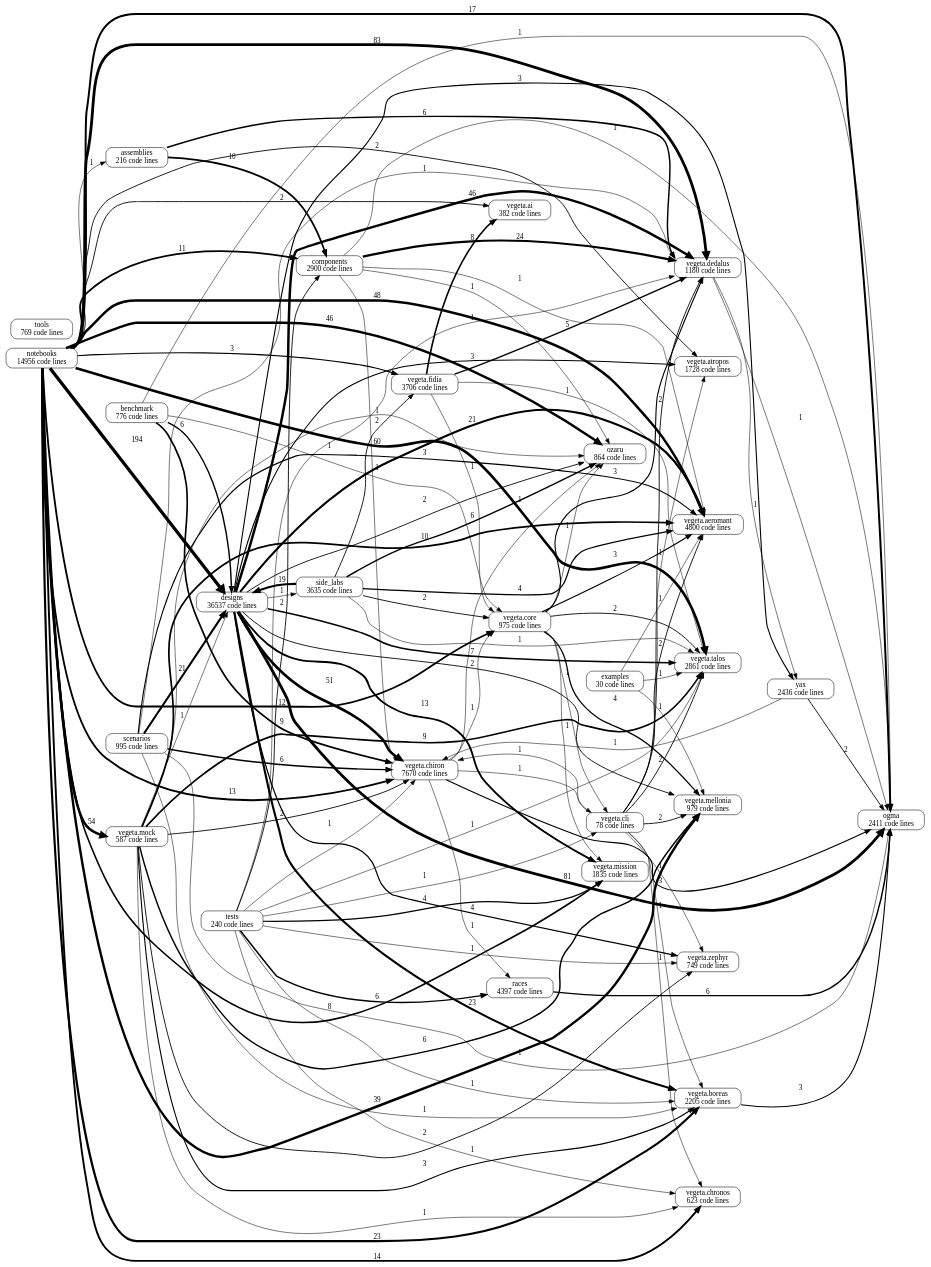
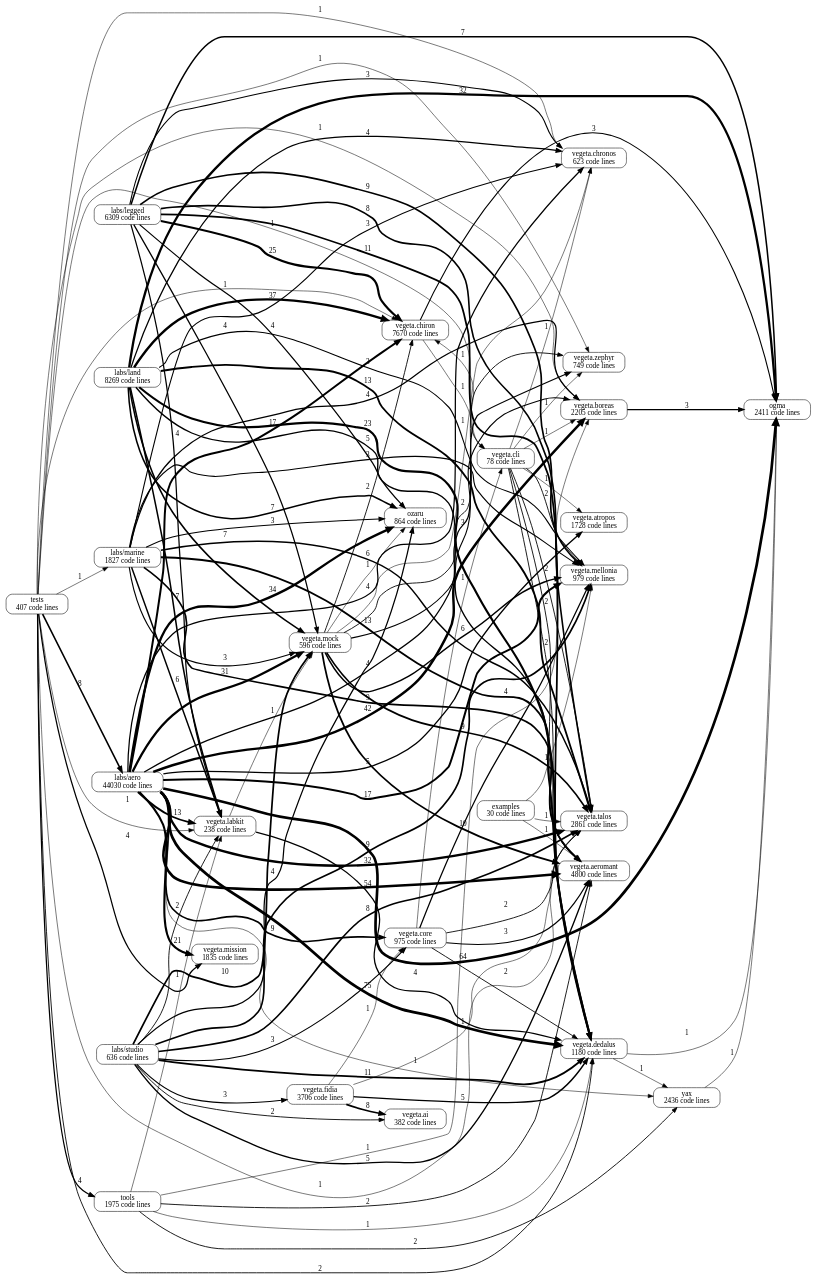
One commit to technolog-spectrumai/vegeta changed the diagram in docs/anatomy/areas.dot. Above: the diagram before and after it, drawn with Graphviz. The commit also changed 19 other files, not shown here.

First line of the commit message:
Labs phase 4: tools/lab.py, user_tests.sh mocks only, generated lab READMEs, the graph effects measured

```diff
--- a/docs/anatomy/areas.dot
+++ b/docs/anatomy/areas.dot
@@ -1,139 +1,138 @@
 digraph vegeta {
   rankdir=LR; node [shape=box, style=rounded];
-  "assemblies" [label="assemblies\n216 code lines"];
-  "benchmark" [label="benchmark\n776 code lines"];
-  "components" [label="components\n2900 code lines"];
-  "designs" [label="designs\n36537 code lines"];
   "examples" [label="examples\n30 code lines"];
-  "notebooks" [label="notebooks\n14956 code lines"];
+  "labs/aero" [label="labs/aero\n44030 code lines"];
+  "labs/land" [label="labs/land\n8269 code lines"];
+  "labs/legged" [label="labs/legged\n6309 code lines"];
+  "labs/marine" [label="labs/marine\n1827 code lines"];
+  "labs/studio" [label="labs/studio\n636 code lines"];
   "ogma" [label="ogma\n2411 code lines"];
   "ozaru" [label="ozaru\n864 code lines"];
-  "races" [label="races\n4397 code lines"];
-  "scenarios" [label="scenarios\n995 code lines"];
-  "side_labs" [label="side_labs\n3635 code lines"];
-  "tests" [label="tests\n240 code lines"];
-  "tools" [label="tools\n769 code lines"];
+  "tests" [label="tests\n407 code lines"];
+  "tools" [label="tools\n1975 code lines"];
   "vegeta.aeromant" [label="vegeta.aeromant\n4800 code lines"];
   "vegeta.ai" [label="vegeta.ai\n382 code lines"];
   "vegeta.atropos" [label="vegeta.atropos\n1728 code lines"];
   "vegeta.boreas" [label="vegeta.boreas\n2205 code lines"];
   "vegeta.chiron" [label="vegeta.chiron\n7670 code lines"];
   "vegeta.chronos" [label="vegeta.chronos\n623 code lines"];
   "vegeta.cli" [label="vegeta.cli\n78 code lines"];
   "vegeta.core" [label="vegeta.core\n975 code lines"];
   "vegeta.dedalus" [label="vegeta.dedalus\n1180 code lines"];
   "vegeta.fidia" [label="vegeta.fidia\n3706 code lines"];
+  "vegeta.labkit" [label="vegeta.labkit\n238 code lines"];
   "vegeta.mellonia" [label="vegeta.mellonia\n979 code lines"];
   "vegeta.mission" [label="vegeta.mission\n1835 code lines"];
-  "vegeta.mock" [label="vegeta.mock\n587 code lines"];
+  "vegeta.mock" [label="vegeta.mock\n596 code lines"];
   "vegeta.talos" [label="vegeta.talos\n2861 code lines"];
   "vegeta.zephyr" [label="vegeta.zephyr\n749 code lines"];
   "yax" [label="yax\n2436 code lines"];
-  "notebooks" -> "designs" [penwidth=6.27, label="194"];
-  "notebooks" -> "vegeta.dedalus" [penwidth=5.42, label="83"];
-  "designs" -> "ogma" [penwidth=5.39, label="81"];
-  "notebooks" -> "vegeta.talos" [penwidth=5.09, label="60"];
-  "notebooks" -> "vegeta.mock" [penwidth=4.99, label="54"];
-  "designs" -> "vegeta.chiron" [penwidth=4.93, label="51"];
-  "notebooks" -> "vegeta.aeromant" [penwidth=4.87, label="48"];
-  "designs" -> "vegeta.dedalus" [penwidth=4.83, label="46"];
-  "notebooks" -> "ozaru" [penwidth=4.83, label="46"];
-  "notebooks" -> "vegeta.mellonia" [penwidth=4.66, label="39"];
-  "components" -> "vegeta.dedalus" [penwidth=4.18, label="24"];
-  "designs" -> "vegeta.boreas" [penwidth=4.14, label="23"];
-  "notebooks" -> "vegeta.boreas" [penwidth=4.14, label="23"];
-  "designs" -> "vegeta.aeromant" [penwidth=4.04, label="21"];
-  "scenarios" -> "designs" [penwidth=4.04, label="21"];
-  "side_labs" -> "designs" [penwidth=3.94, label="19"];
-  "notebooks" -> "ogma" [penwidth=3.83, label="17"];
-  "notebooks" -> "vegeta.chronos" [penwidth=3.64, label="14"];
-  "designs" -> "vegeta.mission" [penwidth=3.56, label="13"];
-  "notebooks" -> "vegeta.chiron" [penwidth=3.56, label="13"];
-  "notebooks" -> "vegeta.core" [penwidth=3.48, label="12"];
-  "notebooks" -> "components" [penwidth=3.40, label="11"];
-  "assemblies" -> "components" [penwidth=3.30, label="10"];
+  "labs/aero" -> "vegeta.dedalus" [penwidth=5.32, label="75"];
+  "labs/aero" -> "ogma" [penwidth=5.16, label="64"];
+  "labs/aero" -> "vegeta.aeromant" [penwidth=4.99, label="54"];
+  "labs/aero" -> "vegeta.boreas" [penwidth=4.74, label="42"];
+  "labs/land" -> "vegeta.chiron" [penwidth=4.61, label="37"];
+  "labs/aero" -> "ozaru" [penwidth=4.53, label="34"];
+  "labs/aero" -> "vegeta.talos" [penwidth=4.47, label="32"];
+  "labs/land" -> "ogma" [penwidth=4.47, label="32"];
+  "labs/aero" -> "vegeta.mock" [penwidth=4.43, label="31"];
+  "labs/legged" -> "vegeta.chiron" [penwidth=4.22, label="25"];
+  "labs/land" -> "vegeta.dedalus" [penwidth=4.14, label="23"];
+  "labs/aero" -> "vegeta.mission" [penwidth=4.04, label="21"];
+  "labs/aero" -> "vegeta.chiron" [penwidth=3.83, label="17"];
+  "labs/aero" -> "vegeta.mellonia" [penwidth=3.83, label="17"];
+  "labs/aero" -> "vegeta.labkit" [penwidth=3.56, label="13"];
+  "labs/land" -> "vegeta.talos" [penwidth=3.56, label="13"];
+  "labs/marine" -> "vegeta.dedalus" [penwidth=3.56, label="13"];
+  "labs/legged" -> "vegeta.dedalus" [penwidth=3.40, label="11"];
+  "labs/studio" -> "vegeta.dedalus" [penwidth=3.40, label="11"];
+  "labs/studio" -> "vegeta.mock" [penwidth=3.30, label="10"];
   "vegeta.mock" -> "vegeta.aeromant" [penwidth=3.30, label="10"];
-  "benchmark" -> "vegeta.chiron" [penwidth=3.20, label="9"];
+  "labs/aero" -> "vegeta.core" [penwidth=3.20, label="9"];
+  "labs/legged" -> "vegeta.mellonia" [penwidth=3.20, label="9"];
+  "labs/marine" -> "vegeta.aeromant" [penwidth=3.20, label="9"];
+  "labs/studio" -> "vegeta.mellonia" [penwidth=3.20, label="9"];
   "vegeta.mock" -> "vegeta.talos" [penwidth=3.20, label="9"];
-  "notebooks" -> "vegeta.mission" [penwidth=3.08, label="8"];
+  "labs/legged" -> "vegeta.talos" [penwidth=3.08, label="8"];
+  "labs/studio" -> "vegeta.talos" [penwidth=3.08, label="8"];
   "vegeta.fidia" -> "vegeta.ai" [penwidth=3.08, label="8"];
-  "designs" -> "vegeta.talos" [penwidth=2.95, label="7"];
-  "assemblies" -> "vegeta.dedalus" [penwidth=2.79, label="6"];
-  "benchmark" -> "designs" [penwidth=2.79, label="6"];
-  "races" -> "ogma" [penwidth=2.79, label="6"];
-  "scenarios" -> "vegeta.chiron" [penwidth=2.79, label="6"];
-  "side_labs" -> "ozaru" [penwidth=2.79, label="6"];
-  "tests" -> "races" [penwidth=2.79, label="6"];
+  "tests" -> "labs/aero" [penwidth=3.08, label="8"];
+  "labs/land" -> "vegeta.labkit" [penwidth=2.95, label="7"];
+  "labs/land" -> "ozaru" [penwidth=2.95, label="7"];
+  "labs/land" -> "vegeta.mock" [penwidth=2.95, label="7"];
+  "labs/legged" -> "ogma" [penwidth=2.95, label="7"];
+  "labs/marine" -> "vegeta.labkit" [penwidth=2.79, label="6"];
+  "labs/marine" -> "vegeta.talos" [penwidth=2.79, label="6"];
   "vegeta.mock" -> "vegeta.mellonia" [penwidth=2.79, label="6"];
+  "labs/aero" -> "vegeta.atropos" [penwidth=2.61, label="5"];
+  "labs/land" -> "vegeta.aeromant" [penwidth=2.61, label="5"];
+  "labs/studio" -> "vegeta.aeromant" [penwidth=2.61, label="5"];
   "vegeta.fidia" -> "vegeta.dedalus" [penwidth=2.61, label="5"];
-  "designs" -> "vegeta.zephyr" [penwidth=2.39, label="4"];
-  "side_labs" -> "vegeta.aeromant" [penwidth=2.39, label="4"];
+  "labs/aero" -> "vegeta.zephyr" [penwidth=2.39, label="4"];
+  "labs/aero" -> "vegeta.chronos" [penwidth=2.39, label="4"];
+  "labs/land" -> "vegeta.chronos" [penwidth=2.39, label="4"];
+  "labs/legged" -> "vegeta.labkit" [penwidth=2.39, label="4"];
+  "labs/legged" -> "ozaru" [penwidth=2.39, label="4"];
+  "labs/legged" -> "vegeta.mock" [penwidth=2.39, label="4"];
+  "labs/marine" -> "vegeta.boreas" [penwidth=2.39, label="4"];
+  "labs/studio" -> "ozaru" [penwidth=2.39, label="4"];
+  "vegeta.labkit" -> "vegeta.dedalus" [penwidth=2.39, label="4"];
+  "vegeta.core" -> "vegeta.mellonia" [penwidth=2.39, label="4"];
+  "tests" -> "tools" [penwidth=2.39, label="4"];
   "tests" -> "vegeta.mission" [penwidth=2.39, label="4"];
-  "vegeta.core" -> "vegeta.mellonia" [penwidth=2.39, label="4"];
-  "designs" -> "yax" [penwidth=2.10, label="3"];
-  "designs" -> "vegeta.atropos" [penwidth=2.10, label="3"];
-  "notebooks" -> "vegeta.fidia" [penwidth=2.10, label="3"];
-  "scenarios" -> "vegeta.aeromant" [penwidth=2.10, label="3"];
+  "labs/land" -> "vegeta.mellonia" [penwidth=2.10, label="3"];
+  "labs/legged" -> "vegeta.chronos" [penwidth=2.10, label="3"];
+  "labs/marine" -> "vegeta.chronos" [penwidth=2.10, label="3"];
+  "labs/marine" -> "vegeta.mellonia" [penwidth=2.10, label="3"];
+  "labs/marine" -> "ozaru" [penwidth=2.10, label="3"];
+  "labs/marine" -> "vegeta.mock" [penwidth=2.10, label="3"];
+  "labs/studio" -> "vegeta.core" [penwidth=2.10, label="3"];
+  "labs/studio" -> "vegeta.fidia" [penwidth=2.10, label="3"];
   "vegeta.boreas" -> "ogma" [penwidth=2.10, label="3"];
   "vegeta.chiron" -> "ogma" [penwidth=2.10, label="3"];
   "vegeta.mock" -> "vegeta.boreas" [penwidth=2.10, label="3"];
-  "vegeta.core" -> "vegeta.dedalus" [penwidth=2.10, label="3"];
   "vegeta.core" -> "vegeta.aeromant" [penwidth=2.10, label="3"];
-  "designs" -> "ozaru" [penwidth=1.69, label="2"];
-  "designs" -> "vegeta.mellonia" [penwidth=1.69, label="2"];
-  "notebooks" -> "vegeta.ai" [penwidth=1.69, label="2"];
-  "notebooks" -> "vegeta.atropos" [penwidth=1.69, label="2"];
-  "side_labs" -> "vegeta.fidia" [penwidth=1.69, label="2"];
-  "side_labs" -> "vegeta.core" [penwidth=1.69, label="2"];
-  "tests" -> "components" [penwidth=1.69, label="2"];
+  "labs/studio" -> "vegeta.labkit" [penwidth=1.69, label="2"];
+  "labs/studio" -> "vegeta.ai" [penwidth=1.69, label="2"];
+  "vegeta.cli" -> "vegeta.dedalus" [penwidth=1.69, label="2"];
+  "vegeta.cli" -> "vegeta.mellonia" [penwidth=1.69, label="2"];
   "vegeta.cli" -> "vegeta.aeromant" [penwidth=1.69, label="2"];
   "vegeta.cli" -> "vegeta.talos" [penwidth=1.69, label="2"];
-  "vegeta.cli" -> "vegeta.mellonia" [penwidth=1.69, label="2"];
-  "vegeta.cli" -> "vegeta.dedalus" [penwidth=1.69, label="2"];
   "vegeta.mock" -> "vegeta.chiron" [penwidth=1.69, label="2"];
   "vegeta.mock" -> "vegeta.zephyr" [penwidth=1.69, label="2"];
+  "vegeta.core" -> "vegeta.dedalus" [penwidth=1.69, label="2"];
   "vegeta.core" -> "vegeta.talos" [penwidth=1.69, label="2"];
-  "yax" -> "ogma" [penwidth=1.69, label="2"];
-  "benchmark" -> "vegeta.core" [penwidth=1.00, label="1"];
-  "benchmark" -> "ogma" [penwidth=1.00, label="1"];
-  "components" -> "ogma" [penwidth=1.00, label="1"];
-  "components" -> "ozaru" [penwidth=1.00, label="1"];
-  "components" -> "vegeta.aeromant" [penwidth=1.00, label="1"];
-  "components" -> "vegeta.chiron" [penwidth=1.00, label="1"];
-  "designs" -> "side_labs" [penwidth=1.00, label="1"];
+  "tests" -> "vegeta.dedalus" [penwidth=1.69, label="2"];
+  "tools" -> "yax" [penwidth=1.69, label="2"];
+  "tools" -> "vegeta.aeromant" [penwidth=1.69, label="2"];
   "examples" -> "vegeta.aeromant" [penwidth=1.00, label="1"];
   "examples" -> "vegeta.talos" [penwidth=1.00, label="1"];
   "examples" -> "vegeta.mellonia" [penwidth=1.00, label="1"];
-  "notebooks" -> "assemblies" [penwidth=1.00, label="1"];
-  "scenarios" -> "ogma" [penwidth=1.00, label="1"];
-  "scenarios" -> "vegeta.boreas" [penwidth=1.00, label="1"];
-  "scenarios" -> "vegeta.dedalus" [penwidth=1.00, label="1"];
-  "side_labs" -> "vegeta.talos" [penwidth=1.00, label="1"];
-  "tests" -> "vegeta.boreas" [penwidth=1.00, label="1"];
+  "labs/aero" -> "yax" [penwidth=1.00, label="1"];
+  "vegeta.labkit" -> "vegeta.mock" [penwidth=1.00, label="1"];
+  "vegeta.cli" -> "vegeta.chronos" [penwidth=1.00, label="1"];
+  "vegeta.cli" -> "vegeta.atropos" [penwidth=1.00, label="1"];
+  "vegeta.cli" -> "vegeta.chiron" [penwidth=1.00, label="1"];
+  "vegeta.cli" -> "vegeta.zephyr" [penwidth=1.00, label="1"];
+  "vegeta.cli" -> "vegeta.boreas" [penwidth=1.00, label="1"];
+  "vegeta.dedalus" -> "yax" [penwidth=1.00, label="1"];
+  "vegeta.dedalus" -> "ogma" [penwidth=1.00, label="1"];
+  "vegeta.mock" -> "ozaru" [penwidth=1.00, label="1"];
+  "vegeta.chiron" -> "vegeta.cli" [penwidth=1.00, label="1"];
+  "vegeta.mock" -> "vegeta.chronos" [penwidth=1.00, label="1"];
+  "vegeta.core" -> "vegeta.cli" [penwidth=1.00, label="1"];
+  "vegeta.fidia" -> "vegeta.core" [penwidth=1.00, label="1"];
+  "vegeta.fidia" -> "vegeta.talos" [penwidth=1.00, label="1"];
+  "tests" -> "labs/marine" [penwidth=1.00, label="1"];
+  "tests" -> "vegeta.labkit" [penwidth=1.00, label="1"];
   "tests" -> "vegeta.chronos" [penwidth=1.00, label="1"];
   "tests" -> "vegeta.zephyr" [penwidth=1.00, label="1"];
+  "tests" -> "vegeta.boreas" [penwidth=1.00, label="1"];
   "tests" -> "vegeta.talos" [penwidth=1.00, label="1"];
   "tests" -> "vegeta.cli" [penwidth=1.00, label="1"];
   "tests" -> "vegeta.chiron" [penwidth=1.00, label="1"];
-  "tests" -> "vegeta.dedalus" [penwidth=1.00, label="1"];
-  "vegeta.chiron" -> "races" [penwidth=1.00, label="1"];
-  "vegeta.chiron" -> "ozaru" [penwidth=1.00, label="1"];
-  "vegeta.chiron" -> "vegeta.core" [penwidth=1.00, label="1"];
-  "vegeta.cli" -> "vegeta.boreas" [penwidth=1.00, label="1"];
-  "vegeta.cli" -> "vegeta.chiron" [penwidth=1.00, label="1"];
-  "vegeta.cli" -> "vegeta.chronos" [penwidth=1.00, label="1"];
-  "vegeta.cli" -> "vegeta.zephyr" [penwidth=1.00, label="1"];
-  "vegeta.cli" -> "vegeta.atropos" [penwidth=1.00, label="1"];
-  "vegeta.dedalus" -> "ogma" [penwidth=1.00, label="1"];
-  "vegeta.dedalus" -> "yax" [penwidth=1.00, label="1"];
-  "vegeta.mock" -> "ozaru" [penwidth=1.00, label="1"];
-  "vegeta.mock" -> "designs" [penwidth=1.00, label="1"];
-  "vegeta.chiron" -> "vegeta.cli" [penwidth=1.00, label="1"];
-  "vegeta.mock" -> "vegeta.chronos" [penwidth=1.00, label="1"];
-  "vegeta.core" -> "ozaru" [penwidth=1.00, label="1"];
-  "vegeta.core" -> "vegeta.mission" [penwidth=1.00, label="1"];
-  "vegeta.core" -> "vegeta.cli" [penwidth=1.00, label="1"];
-  "vegeta.fidia" -> "vegeta.talos" [penwidth=1.00, label="1"];
-  "vegeta.fidia" -> "vegeta.core" [penwidth=1.00, label="1"];
-  "yax" -> "vegeta.chiron" [penwidth=1.00, label="1"];
+  "tools" -> "vegeta.labkit" [penwidth=1.00, label="1"];
+  "tools" -> "vegeta.boreas" [penwidth=1.00, label="1"];
+  "tools" -> "vegeta.dedalus" [penwidth=1.00, label="1"];
+  "yax" -> "ogma" [penwidth=1.00, label="1"];
 }
```
